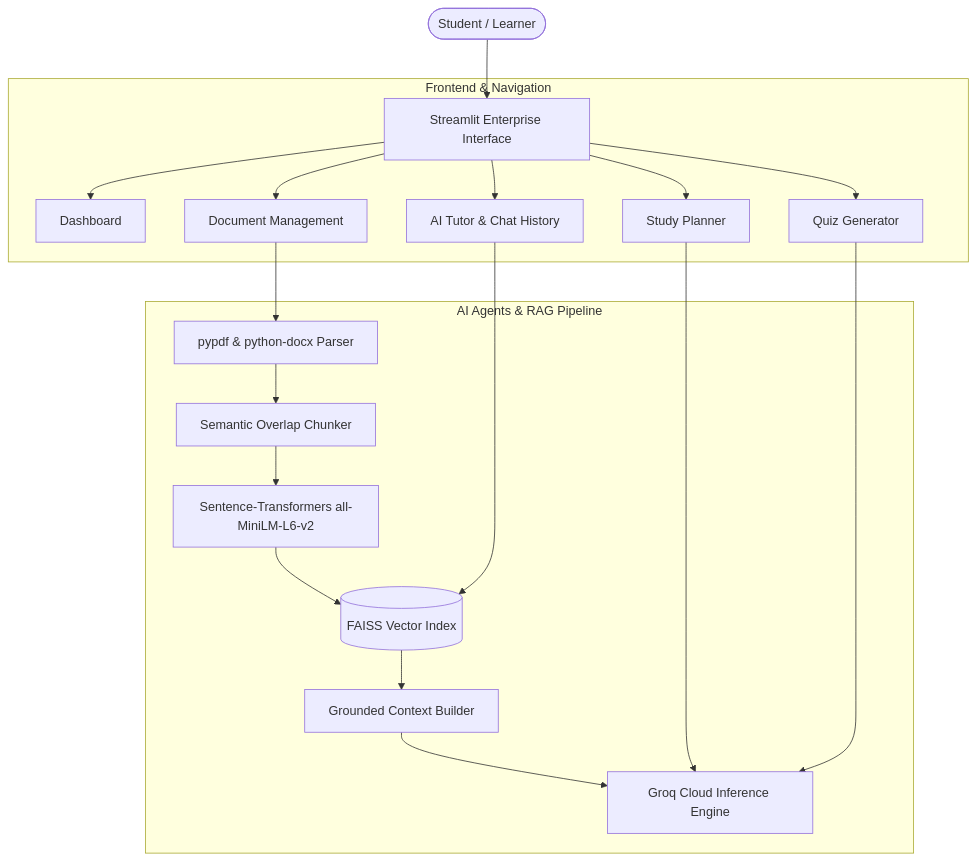
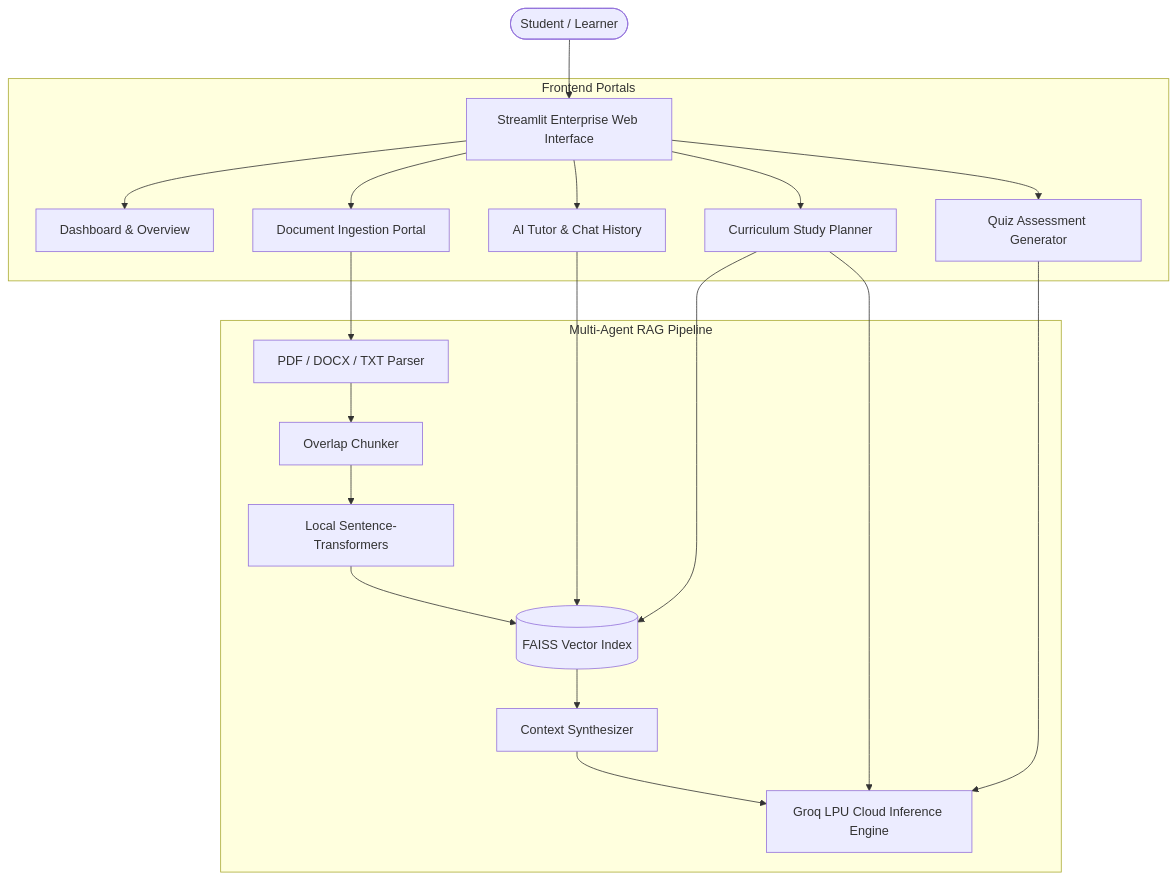
Before and after one commit to usmancreation/learning-accelerator: the diagram in README.md, drawn with Mermaid. The commit also changed other lines of this file, not shown here.

````diff
--- a/README.md
+++ b/README.md
@@ -38,26 +57,27 @@
 ```mermaid
 graph TD
-    Student([Student / Learner]) --> UI[Streamlit Enterprise Interface]
+    User([Student / Learner]) --> WebUI[Streamlit Enterprise Web Interface]
     
-    subgraph Frontend & Navigation
-        UI --> Dash[Dashboard]
-        UI --> TutorUI[AI Tutor & Chat History]
-        UI --> PlannerUI[Study Planner]
-        UI --> QuizUI[Quiz Generator]
-        UI --> DocsUI[Document Management]
+    subgraph Frontend Portals
+        WebUI --> Dash[Dashboard & Overview]
+        WebUI --> TutorUI[AI Tutor & Chat History]
+        WebUI --> PlannerUI[Curriculum Study Planner]
+        WebUI --> QuizUI[Quiz Assessment Generator]
+        WebUI --> DocsUI[Document Ingestion Portal]
     end
     
-    subgraph AI Agents & RAG Pipeline
-        DocsUI --> DocParser[pypdf & python-docx Parser]
-        DocParser --> Chunker[Semantic Overlap Chunker]
-        Chunker --> Embedder[Sentence-Transformers all-MiniLM-L6-v2]
+    subgraph Multi-Agent RAG Pipeline
+        DocsUI --> DocParser[PDF / DOCX / TXT Parser]
+        DocParser --> SemanticChunker[Overlap Chunker]
+        SemanticChunker --> Embedder[Local Sentence-Transformers]
         Embedder --> VectorDB[(FAISS Vector Index)]
         
         TutorUI --> VectorDB
-        VectorDB --> ContextInjector[Grounded Context Builder]
-        ContextInjector --> GroqLLM[Groq Cloud Inference Engine]
+        VectorDB --> GroundedContext[Context Synthesizer]
+        GroundedContext --> GroqInference[Groq LPU Cloud Inference Engine]
         
-        PlannerUI --> GroqLLM
-        QuizUI --> GroqLLM
+        PlannerUI --> VectorDB
+        PlannerUI --> GroqInference
+        QuizUI --> GroqInference
     end
 ```
````
